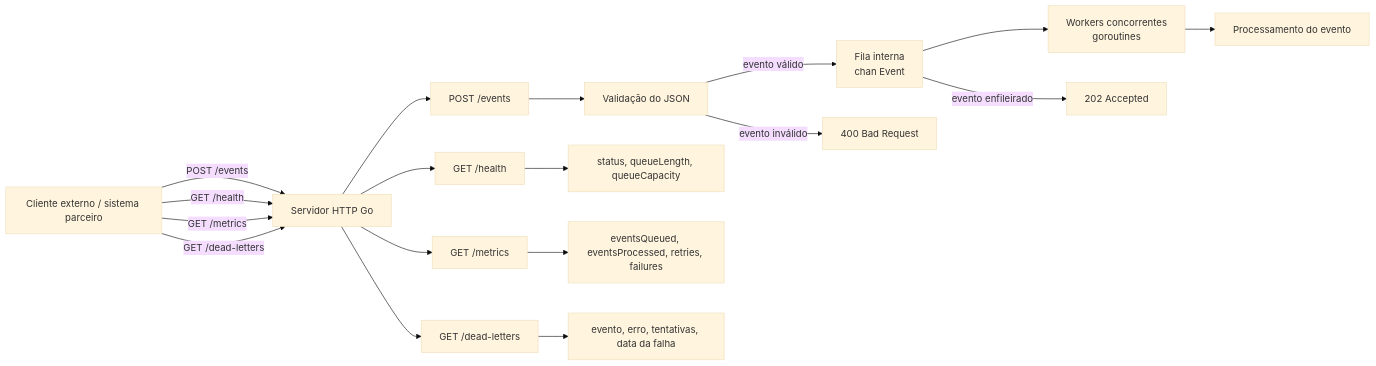
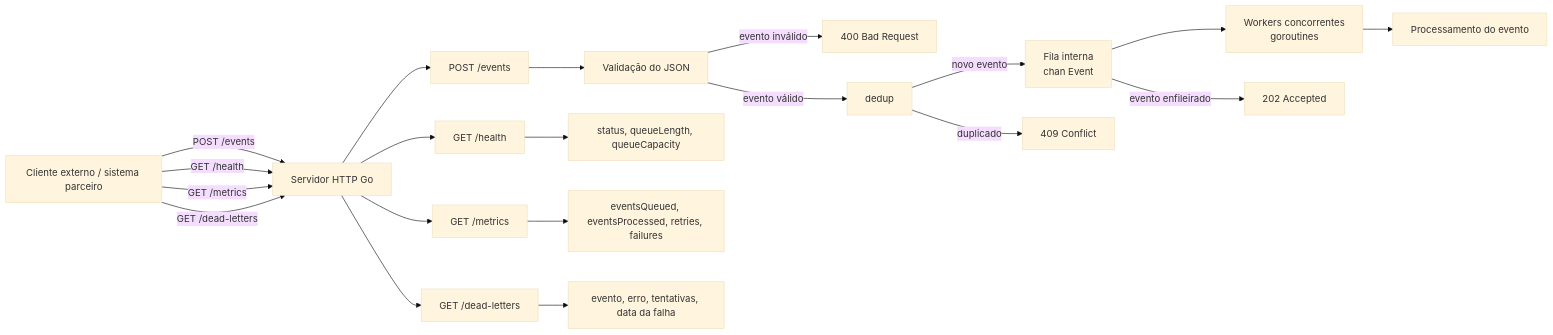
Before and after one commit to rafamguedes/go-webhook-processor: the first of 3 diagrams in docs/architecture.md, drawn with Mermaid (base theme). The commit also changed other lines of this file and 11 other files, not shown here.

````diff
--- a/docs/architecture.md
+++ b/docs/architecture.md
@@ -7,34 +7,36 @@
 ```mermaid
 flowchart LR
     client[Cliente externo / sistema parceiro]
     api[Servidor HTTP Go]
     handler[POST /events]
     validation[Validação do JSON]
     queue[Fila interna<br/>chan Event]
     workers[Workers concorrentes<br/>goroutines]
     processor[Processamento do evento]
     health[GET /health]
     metrics[GET /metrics]
     deadletters[GET /dead-letters]
 
     client -->|POST /events| api
     api --> handler
     handler --> validation
     validation -->|evento inválido| badRequest[400 Bad Request]
-    validation -->|evento válido| queue
+    validation -->|evento válido| dedup
+    dedup -->|duplicado| conflict[409 Conflict]
+    dedup -->|novo evento| queue
     queue -->|evento enfileirado| accepted[202 Accepted]
     queue --> workers
     workers --> processor
 
     client -->|GET /health| api
     api --> health
     health --> healthResponse[status, queueLength, queueCapacity]
 
     client -->|GET /metrics| api
     api --> metrics
     metrics --> metricsResponse[eventsQueued, eventsProcessed, retries, failures]
 
     client -->|GET /dead-letters| api
     api --> deadletters
     deadletters --> deadLetterResponse[evento, erro, tentativas, data da falha]
 ```
````
